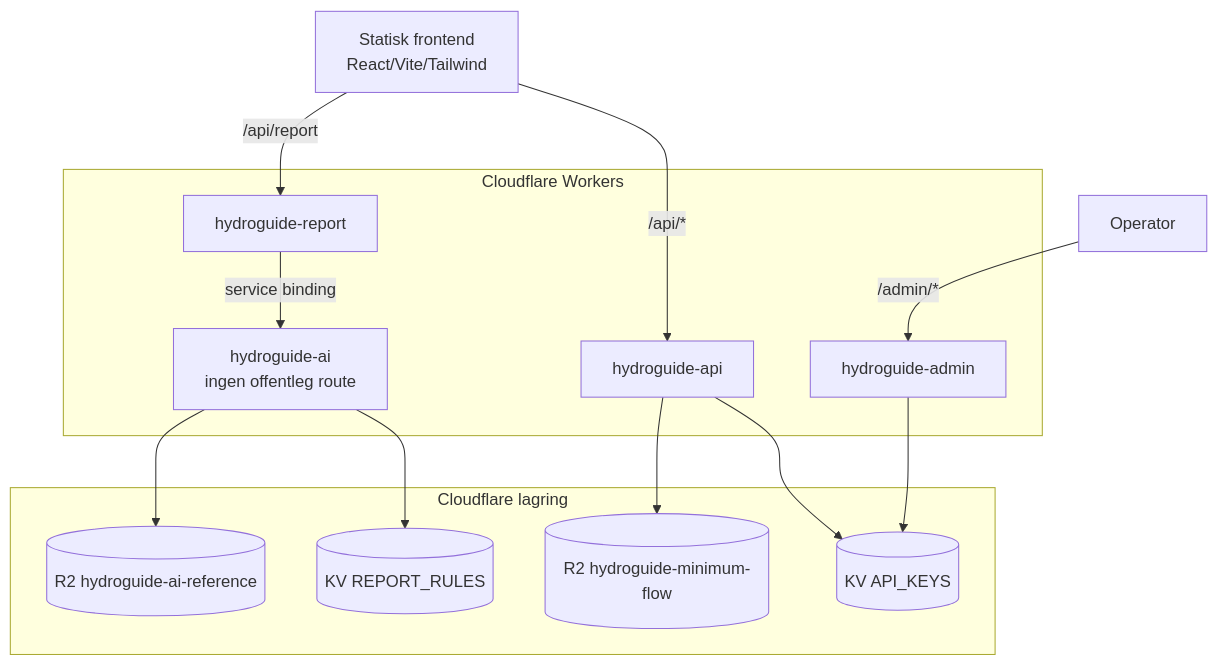
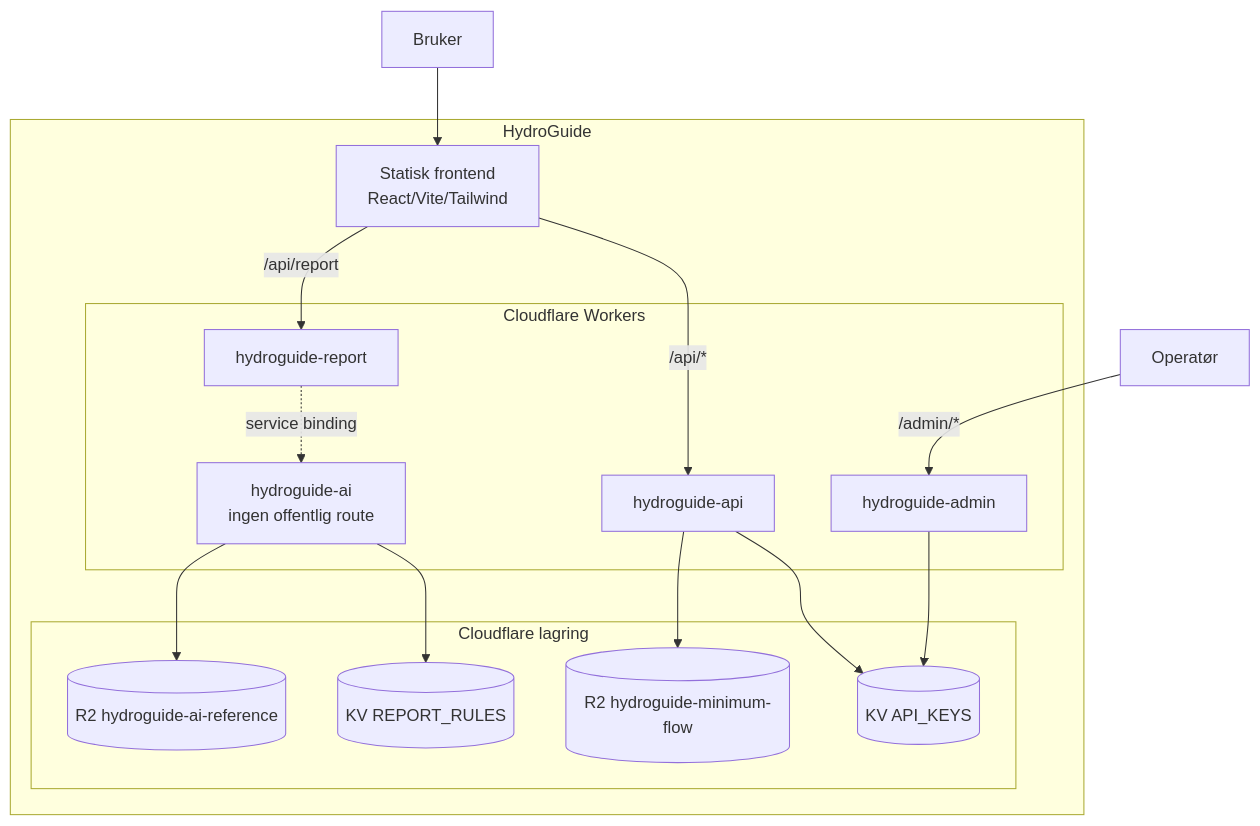
Before and after one commit to nikolsen1234-bit/hydroguide: the first of 3 diagrams in docs/arkitektur.md, drawn with Mermaid. The commit also changed other lines of this file and 9 other files, not shown here.

````diff
--- a/docs/arkitektur.md
+++ b/docs/arkitektur.md
@@ -37,30 +7,36 @@
 ```mermaid
 flowchart TB
-    spa[Statisk frontend<br/>React/Vite/Tailwind]
+    bruker[Bruker]
+    operator[Operatør]
 
-    subgraph workers[Cloudflare Workers]
-        api[hydroguide-api]
-        report[hydroguide-report]
-        ai[hydroguide-ai<br/>ingen offentleg route]
-        admin[hydroguide-admin]
+    subgraph hg[HydroGuide]
+        spa[Statisk frontend<br/>React/Vite/Tailwind]
+
+        subgraph workers[Cloudflare Workers]
+            api[hydroguide-api]
+            report[hydroguide-report]
+            ai[hydroguide-ai<br/>ingen offentlig route]
+            admin[hydroguide-admin]
+        end
+
+        subgraph storage[Cloudflare lagring]
+            kvkeys[(KV API_KEYS)]
+            kvrules[(KV REPORT_RULES)]
+            r2flow[(R2 hydroguide-minimum-flow)]
+            r2ref[(R2 hydroguide-ai-reference)]
+        end
     end
 
-    subgraph storage[Cloudflare lagring]
-        kvkeys[(KV API_KEYS)]
-        kvrules[(KV REPORT_RULES)]
-        r2flow[(R2 hydroguide-minimum-flow)]
-        r2ref[(R2 hydroguide-ai-reference)]
-    end
-
+    bruker --> spa
     spa -->|/api/*| api
     spa -->|/api/report| report
-    operator[Operator] -->|/admin/*| admin
+    operator -->|/admin/*| admin
 
-    report -->|service binding| ai
+    report -.service binding.-> ai
 
     api --> kvkeys
     api --> r2flow
     admin --> kvkeys
     ai --> kvrules
     ai --> r2ref
 ```
````
